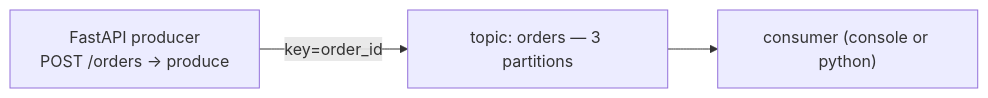
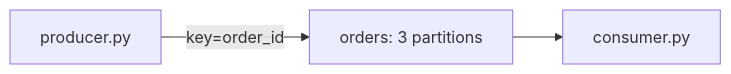
One commit to dineshpabbi10/system-design-handson changed the diagram in docs/03-projects/p01-hello-kafka.md. Above: the diagram before and after it, drawn with Mermaid. The commit also changed other lines of this file and 14 other files, not shown here.

````diff
--- a/docs/03-projects/p01-hello-kafka.md
+++ b/docs/03-projects/p01-hello-kafka.md
@@ -12,5 +12,5 @@
 ```mermaid
 flowchart LR
-    A["FastAPI producer<br/>POST /orders → produce"] -->|"key=order_id"| K["topic: orders — 3 partitions"]
-    K --> C["consumer (console or python)"]
+    P["producer.py"] -->|"key=order_id"| K["orders: 3 partitions"]
+    K --> C["consumer.py"]
 ```
````
